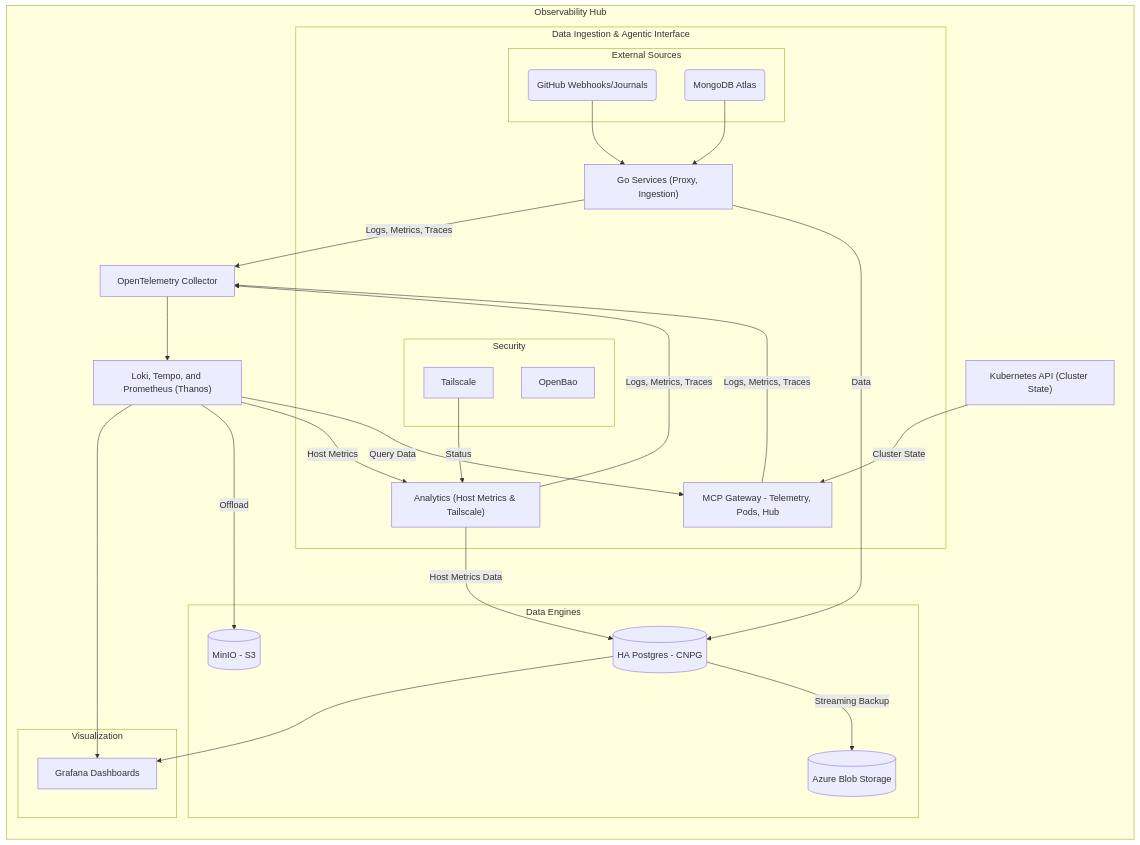
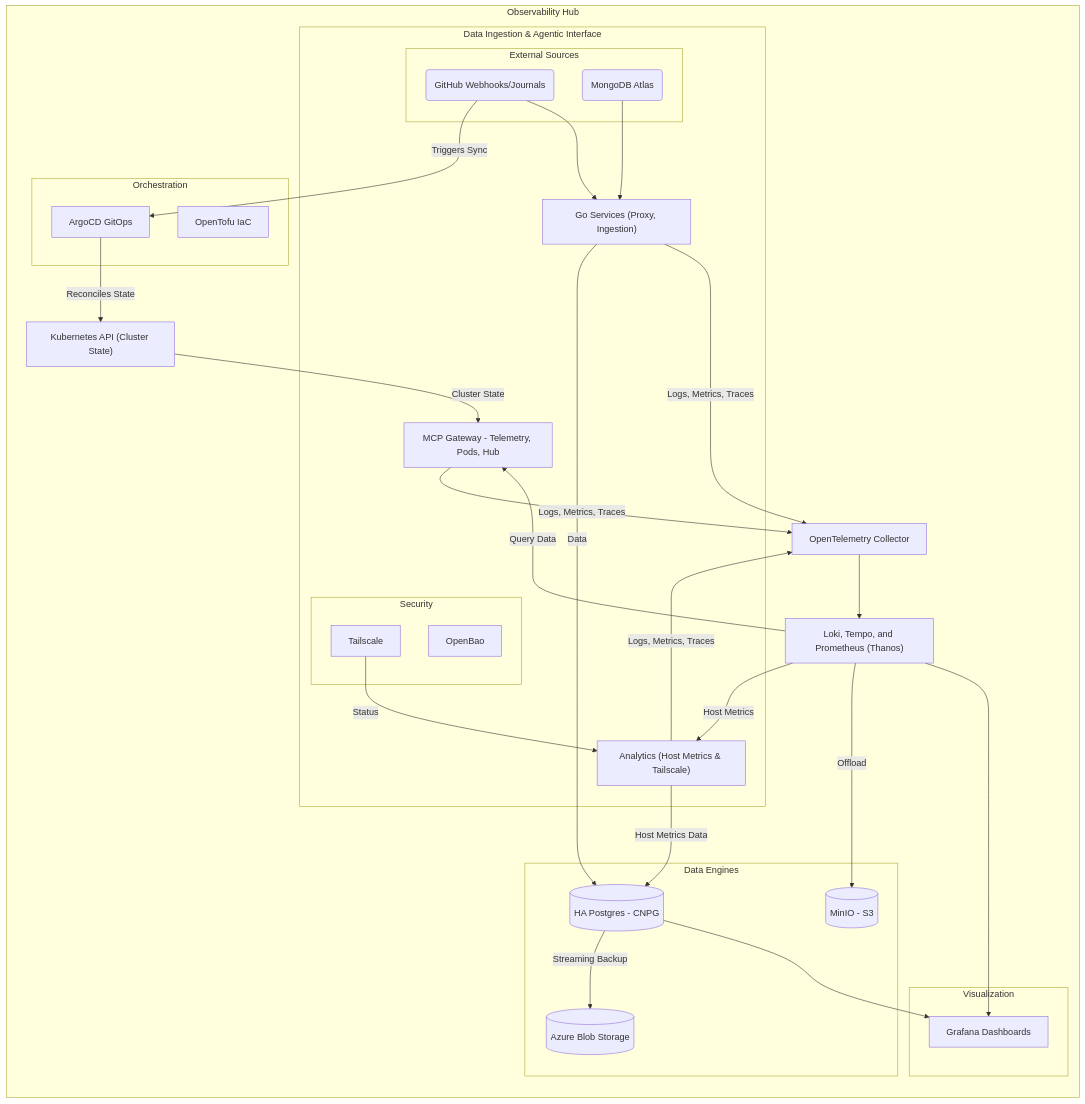
Before and after one commit to victoriacheng15/observability-hub: the diagram in README.md, drawn with Mermaid. The commit also changed other lines of this file and 6 other files, not shown here.

````diff
--- a/README.md
+++ b/README.md
@@ -59,61 +59,70 @@
 ```mermaid
 flowchart TB
     subgraph ObservabilityHub ["Observability Hub"]
         direction TB
         subgraph Logic ["Data Ingestion & Agentic Interface"]
             subgraph External ["External Sources"]
                 GH(GitHub Webhooks/Journals)
                 Mongo(MongoDB Atlas)
             end
 
             subgraph Security [Security]
                 Bao[OpenBao]
                 Tailscale[Tailscale]
             end
 
             GoApps["Go Services (Proxy, Ingestion)"]
             MCP["MCP Gateway - Telemetry, Pods, Hub"]
             Analytics["Analytics (Host Metrics & Tailscale)"]
         end
 
+        subgraph Control ["Orchestration"]
+            GitOps[ArgoCD GitOps]
+            Tofu[OpenTofu IaC]
+        end
+
         K3S["Kubernetes API (Cluster State)"]
         OTEL[OpenTelemetry Collector]
 
         Observability["Loki, Tempo, and Prometheus (Thanos)"]
         subgraph Storage ["Data Engines"]
             PG[(HA Postgres - CNPG)]
             S3[(MinIO - S3)]
             Azure[(Azure Blob Storage)]
         end
         
 
         subgraph Visualization ["Visualization"]
             Grafana[Grafana Dashboards]
         end
     end
+
+    %% GitOps Loop
+    GH -- "Triggers Sync" --> GitOps
+    GitOps -- "Reconciles State" --> K3S
 
     %% Data Pipeline Connections
     GH --> GoApps
     Mongo --> GoApps
     
     %% Unified MCP Paths
     Observability -- "Query Data" --> MCP
     K3S -- "Cluster State" --> MCP
 
     %% Telemetry & Storage Connections
     Observability -- "Host Metrics" --> Analytics
     Tailscale -- "Status" --> Analytics
     Analytics -- "Host Metrics Data" --> PG
     GoApps -- Data --> PG
 
     %% Telemetry Pipeline (OTLP)
     GoApps & MCP & Analytics -- "Logs, Metrics, Traces" --> OTEL
     OTEL --> Observability
     
     %% Resilience & Backup
     Observability -- "Offload" --> S3
     PG -- "Streaming Backup" --> Azure
 
     %% Visualization Connections
     Observability & PG --> Grafana
 ```
````
